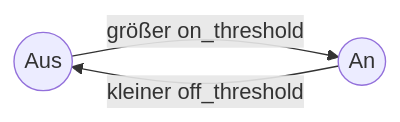
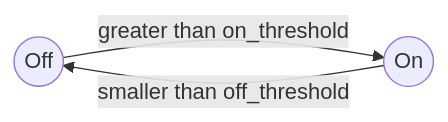
The first of 2 diagrams in README.md (Technik-Tueftler/IntelligentSocketDatalogger), drawn with Mermaid before and after one commit. The commit also changed other lines of this file and 1 other file, not shown here.

Commit message:
first documentation update with schedule and graph

````diff
--- a/README.md
+++ b/README.md
@@ -125,6 +150,6 @@
 ```mermaid
 graph LR
-B((Aus))
-B-->|größer on_threshold|C((An))
-C-->|kleiner off_threshold|B
+B((Off))
+B-->|greater than on_threshold|C((On))
+C-->|smaller than off_threshold|B
 ```
````
